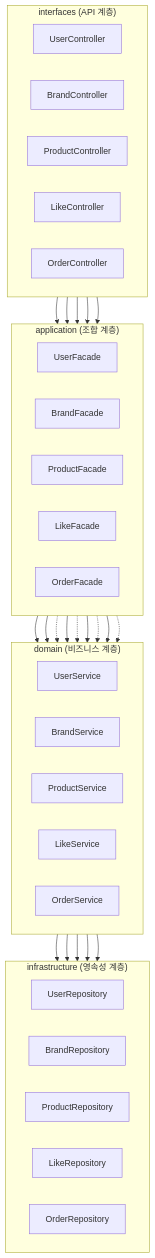
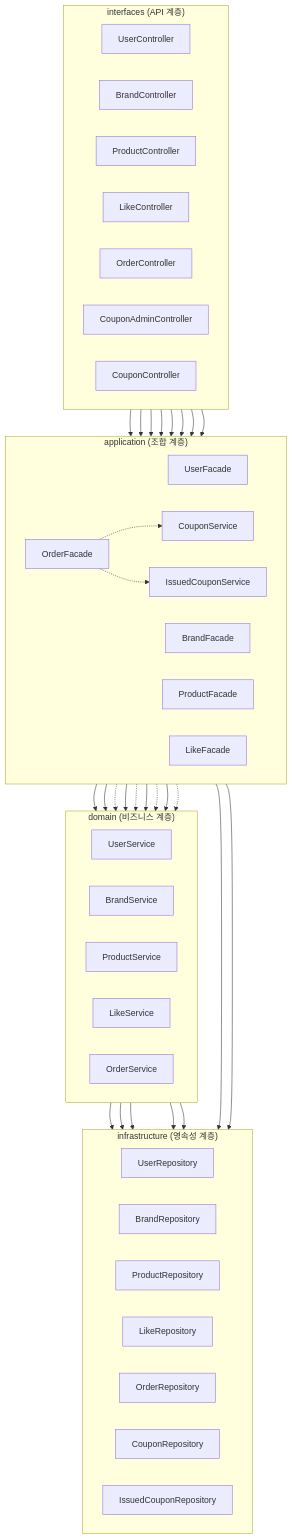
The first of 8 diagrams in docs/design/03-class-diagram.md (Loopers-dev-lab/loop-pack-be-l2-vol3-kotlin), drawn with Mermaid before and after one commit. The commit also changed other lines of this file and 3 other files, not shown here.

````diff
--- a/docs/design/03-class-diagram.md
+++ b/docs/design/03-class-diagram.md
@@ -20,60 +20,73 @@
 ```mermaid
 flowchart TB
     subgraph Interfaces["interfaces (API 계층)"]
         direction LR
         C1[UserController]
         C2[BrandController]
         C3[ProductController]
         C4[LikeController]
         C5[OrderController]
+        C6[CouponAdminController]
+        C7[CouponController]
     end
 
     subgraph Application["application (조합 계층)"]
         direction LR
         F1[UserFacade]
         F2[BrandFacade]
         F3[ProductFacade]
         F4[LikeFacade]
         F5[OrderFacade]
+        F6[CouponService]
+        F7[IssuedCouponService]
     end
 
     subgraph Domain["domain (비즈니스 계층)"]
         direction LR
         S1[UserService]
         S2[BrandService]
         S3[ProductService]
         S4[LikeService]
         S5[OrderService]
     end
 
     subgraph Infrastructure["infrastructure (영속성 계층)"]
         direction LR
         R1[UserRepository]
         R2[BrandRepository]
         R3[ProductRepository]
         R4[LikeRepository]
         R5[OrderRepository]
+        R6[CouponRepository]
+        R7[IssuedCouponRepository]
     end
 
     C1 --> F1
     C2 --> F2
     C3 --> F3
     C4 --> F4
     C5 --> F5
+    C6 --> F6
+    C6 --> F7
+    C7 --> F7
 
     F1 --> S1
     F2 --> S2
     F2 -.-> S3
     F3 --> S3
     F3 -.-> S2
     F4 --> S4
     F4 -.-> S3
     F5 --> S5
     F5 -.-> S3
+    F5 -.-> F6
+    F5 -.-> F7
 
     S1 --> R1
     S2 --> R2
     S3 --> R3
     S4 --> R4
     S5 --> R5
+    F6 --> R6
+    F7 --> R7
 ```
````
